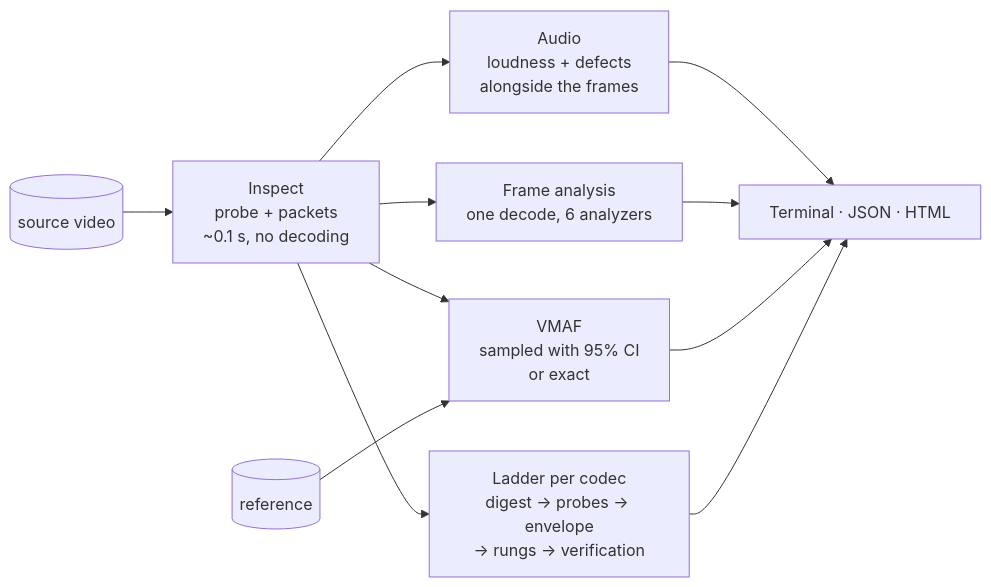
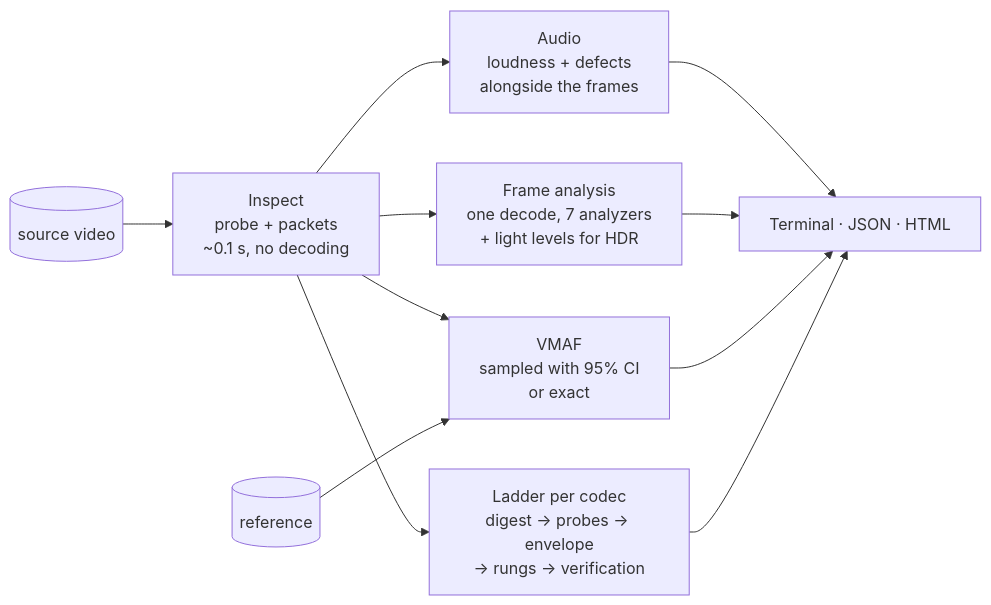
Before and after one commit to eko/qc: the diagram in docs/README.md, drawn with Mermaid. The commit also changed other lines of this file and 19 other files, not shown here.

````diff
--- a/docs/README.md
+++ b/docs/README.md
@@ -27,13 +28,13 @@
 ```mermaid
 flowchart LR
     src[(source video)] --> inspect["Inspect<br/>probe + packets<br/>~0.1 s, no decoding"]
-    inspect --> analysis["Frame analysis<br/>one decode, 6 analyzers"]
+    inspect --> analysis["Frame analysis<br/>one decode, 7 analyzers<br/>+ light levels for HDR"]
     inspect --> vmaf["VMAF<br/>sampled with 95% CI<br/>or exact"]
     ref[(reference)] --> vmaf
     inspect --> ladder["Ladder per codec<br/>digest → probes → envelope<br/>→ rungs → verification"]
     inspect --> audio["Audio<br/>loudness + defects<br/>alongside the frames"]
     audio --> report
     analysis --> report["Terminal · JSON · HTML"]
     vmaf --> report
     ladder --> report
 ```
````
